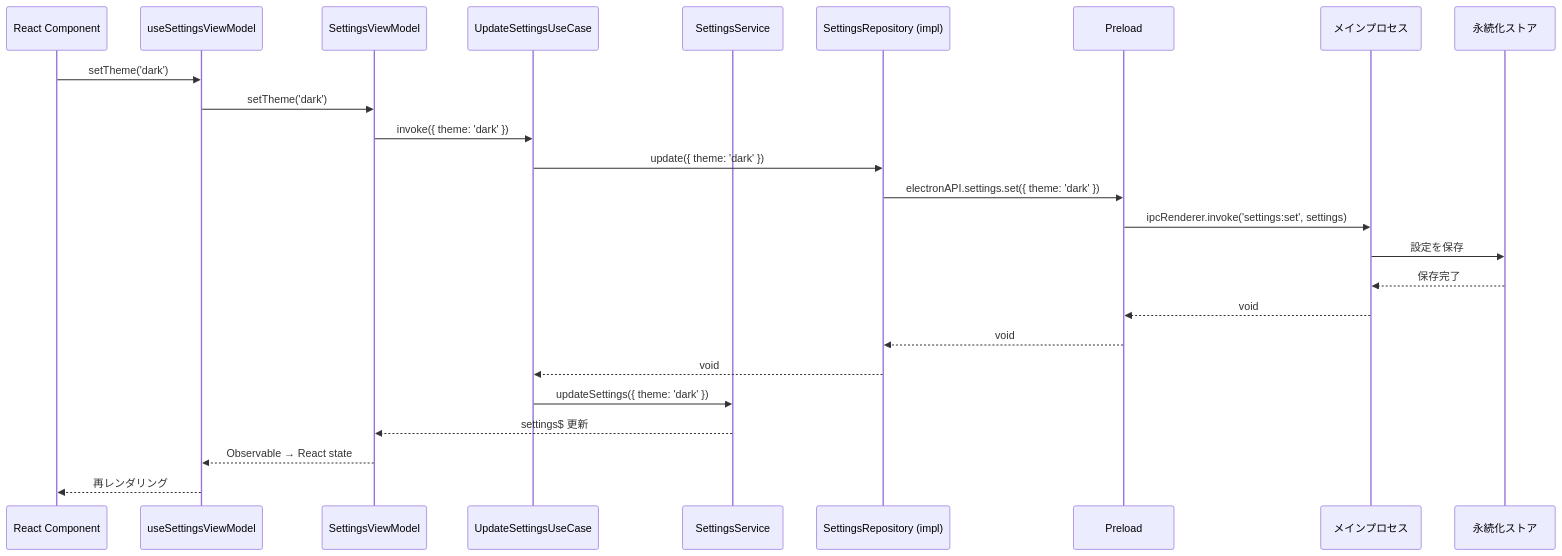
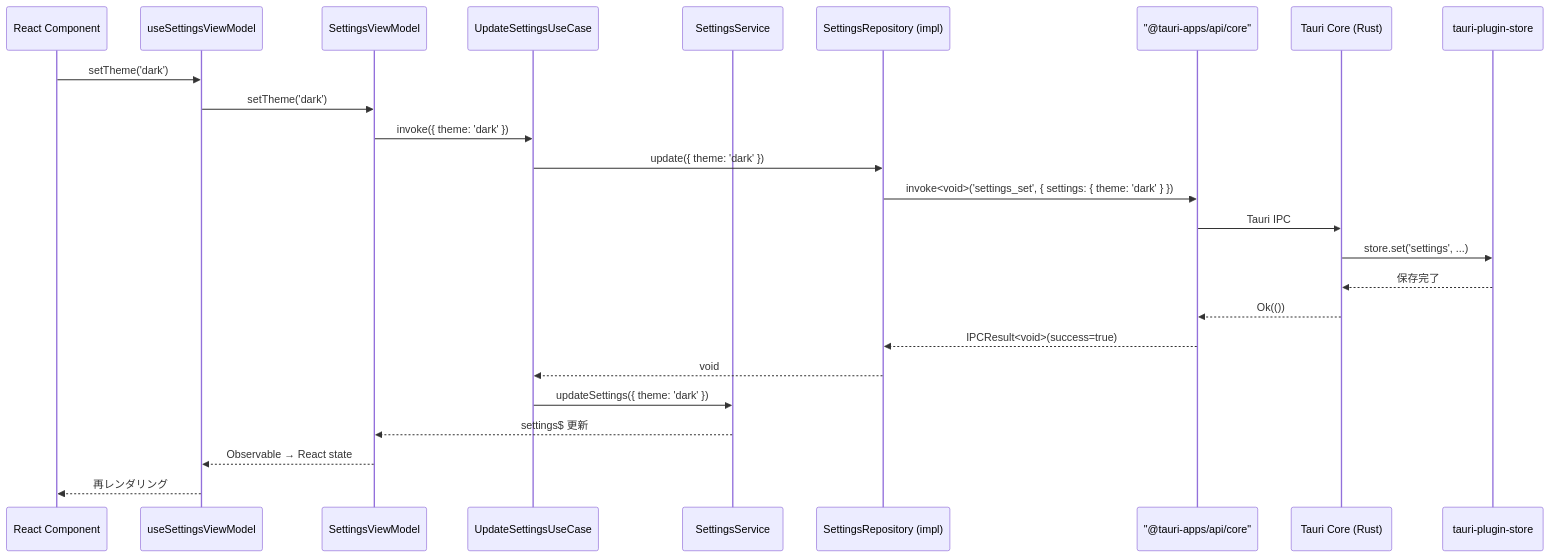
One commit to ToshikiImagawa/Buruma changed the third of 3 diagrams in .sdd/specification/application-foundation_spec.md. Above: the diagram before and after it, drawn with Mermaid. The commit also changed other lines of this file and 7 other files, not shown here.

````diff
--- a/.sdd/specification/application-foundation_spec.md
+++ b/.sdd/specification/application-foundation_spec.md
@@ -436,28 +437,28 @@
 ```mermaid
 sequenceDiagram
     participant Component as React Component
     participant Hook as useSettingsViewModel
     participant VM as SettingsViewModel
     participant UC as UpdateSettingsUseCase
     participant Svc as SettingsService
     participant Repo as SettingsRepository (impl)
-    participant Preload as Preload
-    participant Main as メインプロセス
-    participant Store as 永続化ストア
+    participant Invoke as "@tauri-apps/api/core"
+    participant Core as Tauri Core (Rust)
+    participant Store as tauri-plugin-store
 
     Component ->> Hook: setTheme('dark')
     Hook ->> VM: setTheme('dark')
     VM ->> UC: invoke({ theme: 'dark' })
     UC ->> Repo: update({ theme: 'dark' })
-    Repo ->> Preload: electronAPI.settings.set({ theme: 'dark' })
-    Preload ->> Main: ipcRenderer.invoke('settings:set', settings)
-    Main ->> Store: 設定を保存
-    Store -->> Main: 保存完了
-    Main -->> Preload: void
-    Preload -->> Repo: void
+    Repo ->> Invoke: invoke<void>('settings_set', { settings: { theme: 'dark' } })
+    Invoke ->> Core: Tauri IPC
+    Core ->> Store: store.set('settings', ...)
+    Store -->> Core: 保存完了
+    Core -->> Invoke: Ok(())
+    Invoke -->> Repo: IPCResult<void>(success=true)
     Repo -->> UC: void
     UC ->> Svc: updateSettings({ theme: 'dark' })
     Svc -->> VM: settings$ 更新
     VM -->> Hook: Observable → React state
     Hook -->> Component: 再レンダリング
 ```
````
